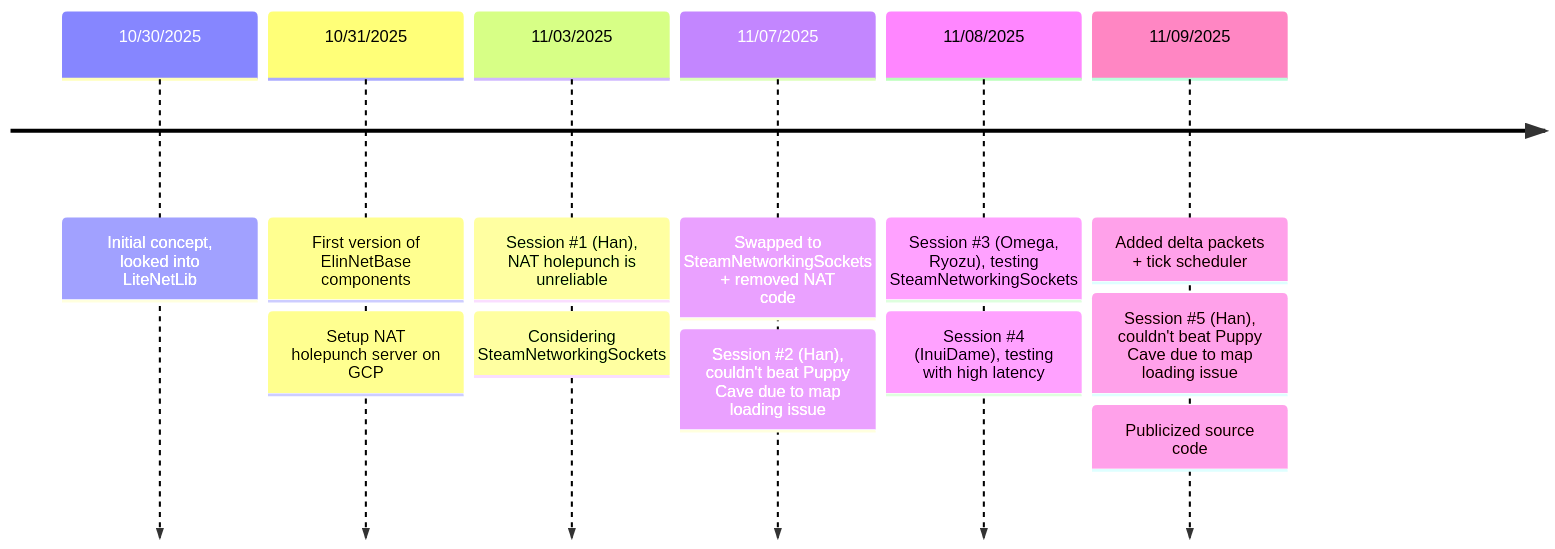
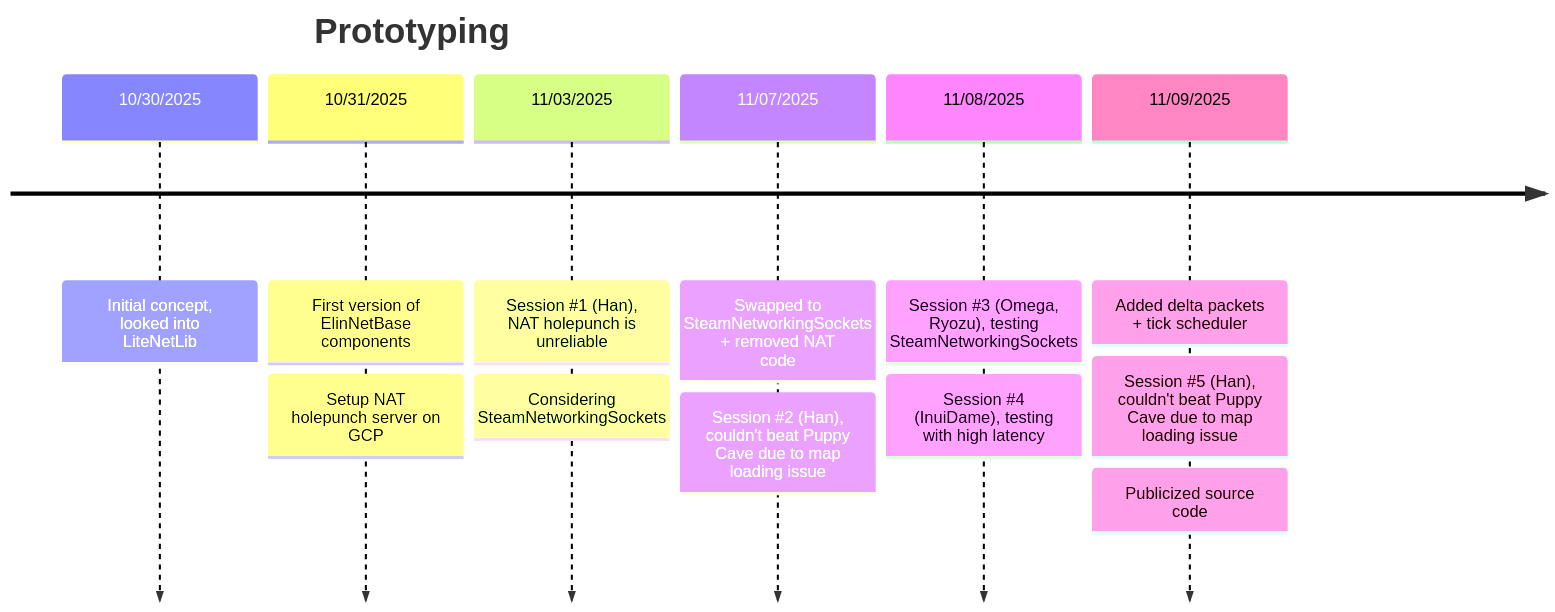
The first of 2 diagrams in ElinTogether/README.md (gottyduke/Elin.Plugins), drawn with Mermaid before and after one commit. The commit also changed other lines of this file and 51 other files, not shown here.

````diff
--- a/ElinTogether/README.md
+++ b/ElinTogether/README.md
@@ -18,15 +15,16 @@
 ```mermaid
 timeline
+    title Prototyping
     10/30/2025 : Initial concept, looked into LiteNetLib
     10/31/2025 : First version of ElinNetBase components
     : Setup NAT holepunch server on GCP
     11/03/2025 : Session #1 (Han), NAT holepunch is unreliable
     : Considering SteamNetworkingSockets
     11/07/2025 : Swapped to SteamNetworkingSockets + removed NAT code
     : Session #2 (Han), couldn't beat Puppy Cave due to map loading issue
     11/08/2025 : Session #3 (Omega, Ryozu), testing SteamNetworkingSockets
     : Session #4 (InuiDame), testing with high latency
     11/09/2025 : Added delta packets + tick scheduler
     : Session #5 (Han), couldn't beat Puppy Cave due to map loading issue
     : Publicized source code
 ```
````
